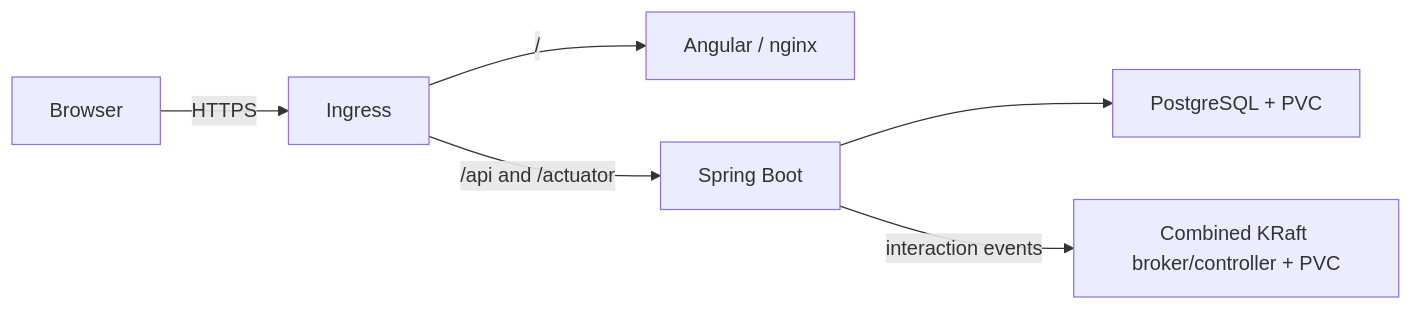
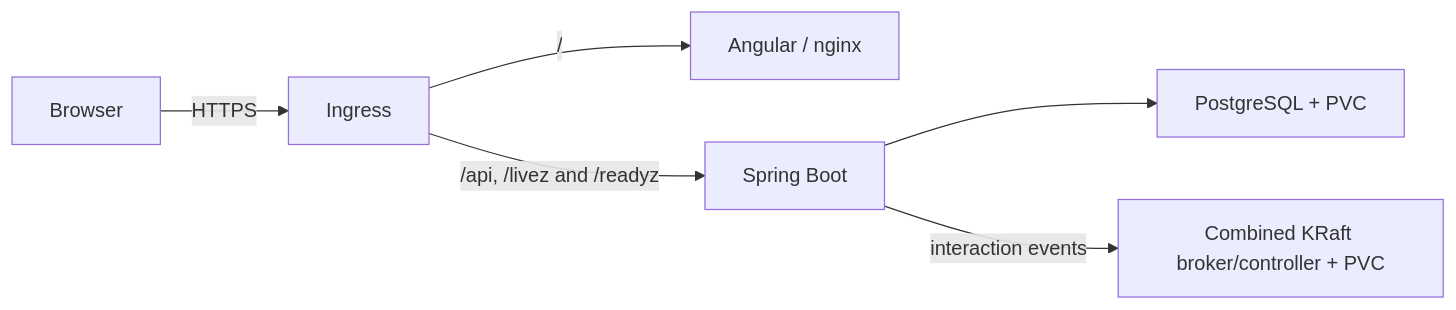
One commit to BrandonRobare/bean-brigade-customer-management-platform changed the diagram in k8s/README.md. Above: the diagram before and after it, drawn with Mermaid. The commit also changed other lines of this file and 15 other files, not shown here.

````diff
--- a/k8s/README.md
+++ b/k8s/README.md
@@ -21,8 +21,8 @@
 ```mermaid
 flowchart LR
   Browser -->|HTTPS| Ingress
   Ingress -->|/| UI[Angular / nginx]
-  Ingress -->|/api and /actuator| API[Spring Boot]
+  Ingress -->|/api, /livez and /readyz| API[Spring Boot]
   API --> PG[PostgreSQL + PVC]
   API -->|interaction events| Kafka[Combined KRaft broker/controller + PVC]
 ```
````
